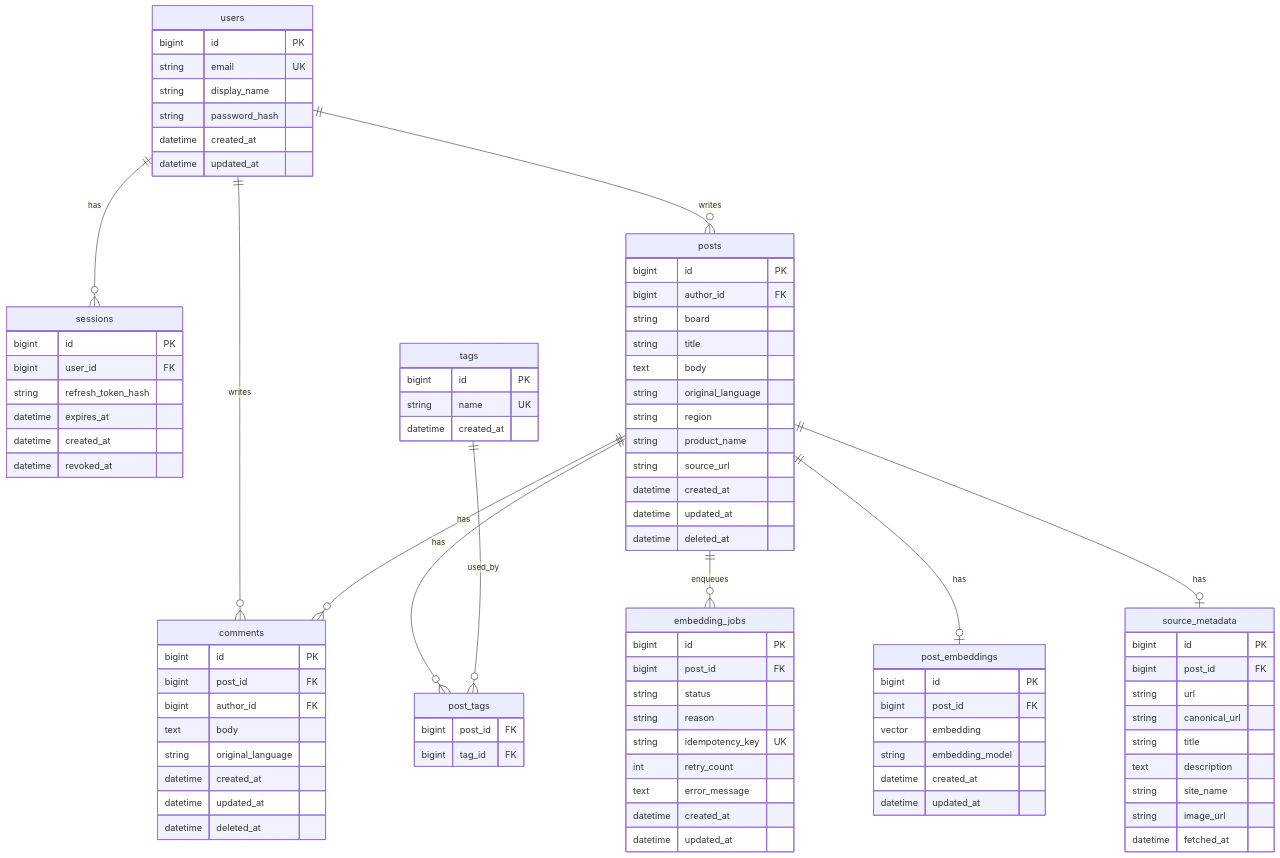
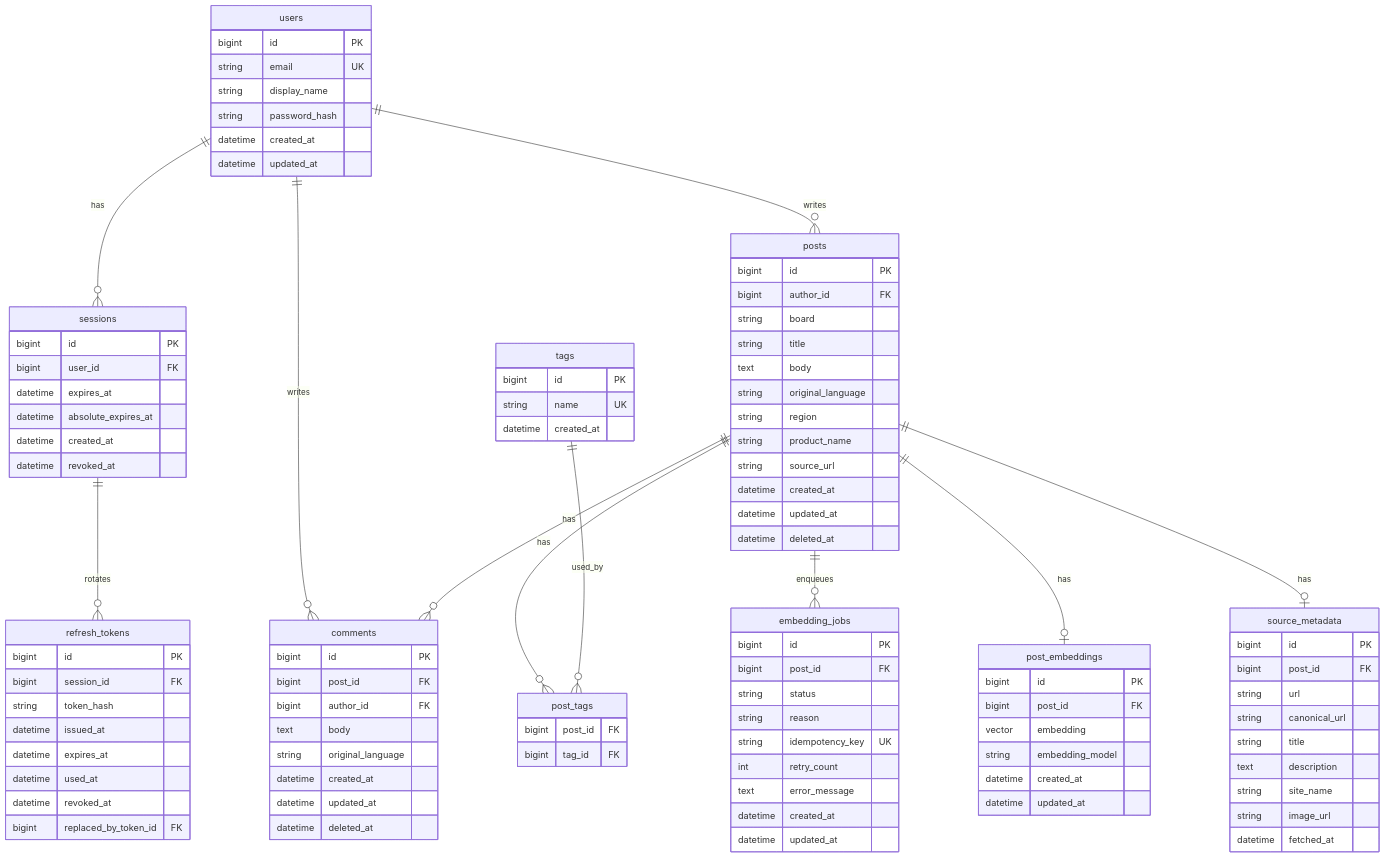
The diagram in docs/architecture/database-erd.md (devhyun05/jungle-week15-16-302-team5-hub), drawn with Mermaid before and after one commit. The commit also changed other lines of this file and 9 other files, not shown here.

Commit message:
docs: record auth and architecture decisions

````diff
--- a/docs/architecture/database-erd.md
+++ b/docs/architecture/database-erd.md
@@ -23,6 +27,7 @@
 ```mermaid
 erDiagram
     users ||--o{ sessions : has
+    sessions ||--o{ refresh_tokens : rotates
     users ||--o{ posts : writes
     users ||--o{ comments : writes
     posts ||--o{ comments : has
@@ -44,10 +49,21 @@
     sessions {
         bigint id PK
         bigint user_id FK
-        string refresh_token_hash
         datetime expires_at
+        datetime absolute_expires_at
         datetime created_at
         datetime revoked_at
+    }
+
+    refresh_tokens {
+        bigint id PK
+        bigint session_id FK
+        string token_hash
+        datetime issued_at
+        datetime expires_at
+        datetime used_at
+        datetime revoked_at
+        bigint replaced_by_token_id FK
     }
 
     posts {
````
